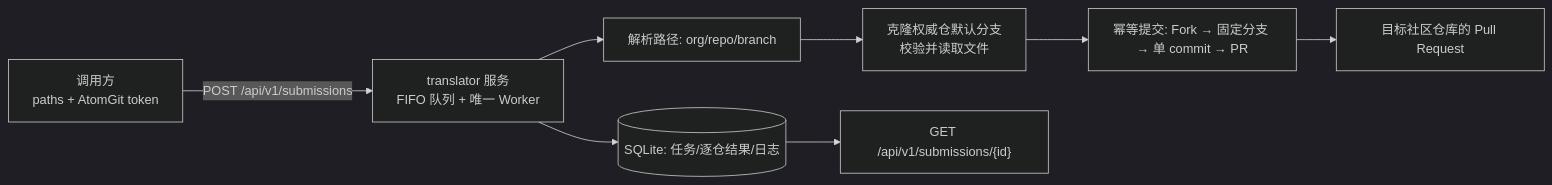
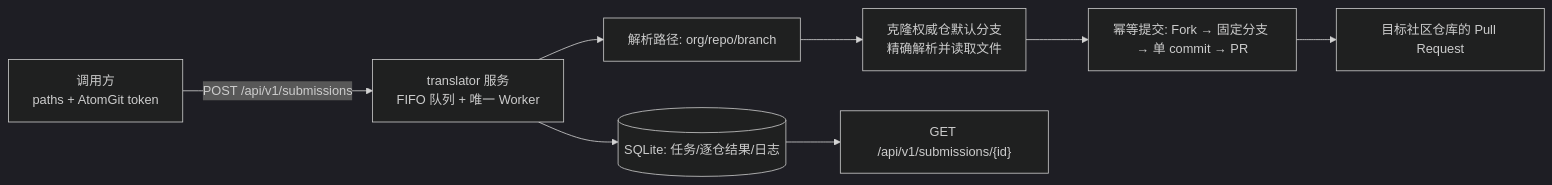
The diagram in README.md (opensourceways/translator), drawn with Mermaid (dark theme) before and after one commit. The commit also changed other lines of this file and 8 other files, not shown here.

````diff
--- a/README.md
+++ b/README.md
@@ -8,10 +7,10 @@
 ```mermaid
 flowchart LR
     A[调用方<br/>paths + AtomGit token] -->|POST /api/v1/submissions| B[translator 服务<br/>FIFO 队列 + 唯一 Worker]
     B --> C[解析路径: org/repo/branch]
-    C --> D[克隆权威仓默认分支<br/>校验并读取文件]
+    C --> D[克隆权威仓默认分支<br/>精确解析并读取文件]
     D --> E[幂等提交: Fork → 固定分支 → 单 commit → PR]
     E --> F[目标社区仓库的 Pull Request]
     B --> G[(SQLite: 任务/逐仓结果/日志)]
     G --> H["GET /api/v1/submissions/{id}"]
 ```
````
